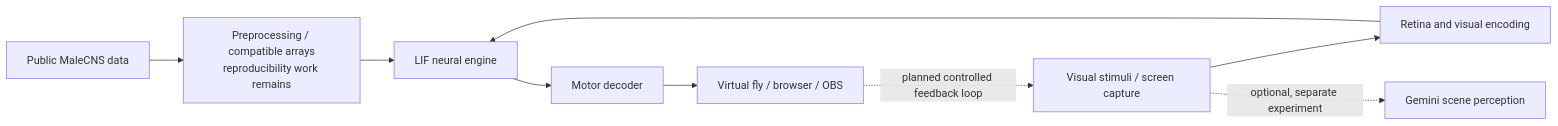
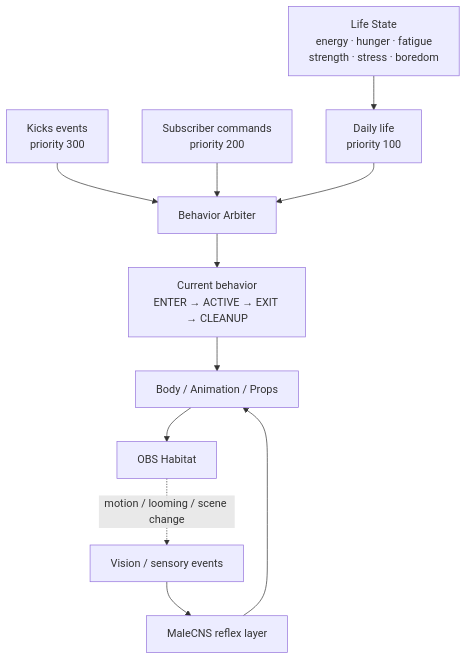
One commit to Yuntrix/MaleCNS-Lab changed the first of 2 diagrams in README.md. Above: the diagram before and after it, drawn with Mermaid. The commit also changed other lines of this file, not shown here.

````diff
--- a/README.md
+++ b/README.md
@@ -44,11 +169,17 @@
 ```mermaid
-flowchart LR
-    D["Public MaleCNS data"] --> P["Preprocessing / compatible arrays<br/>reproducibility work remains"]
-    P --> N["LIF neural engine"]
-    V["Visual stimuli / screen capture"] --> R["Retina and visual encoding"]
-    R --> N
-    N --> M["Motor decoder"]
-    M --> B["Virtual fly / browser / OBS"]
-    B -. "planned controlled feedback loop" .-> V
-    V -. "optional, separate experiment" .-> G["Gemini scene perception"]
+flowchart TD
+    K["Kicks events\npriority 300"] --> A["Behavior Arbiter"]
+    S["Subscriber commands\npriority 200"] --> A
+    L["Daily life\npriority 100"] --> A
+
+    ST["Life State\nenergy · hunger · fatigue\nstrength · stress · boredom"] --> L
+
+    A --> B["Current behavior\nENTER → ACTIVE → EXIT → CLEANUP"]
+    B --> BODY["Body / Animation / Props"]
+    BODY --> OBS["OBS Habitat"]
+
+    V["Vision / sensory events"] --> CNS["MaleCNS reflex layer"]
+    CNS --> BODY
+
+    OBS -. "motion / looming / scene change" .-> V
 ```
````
